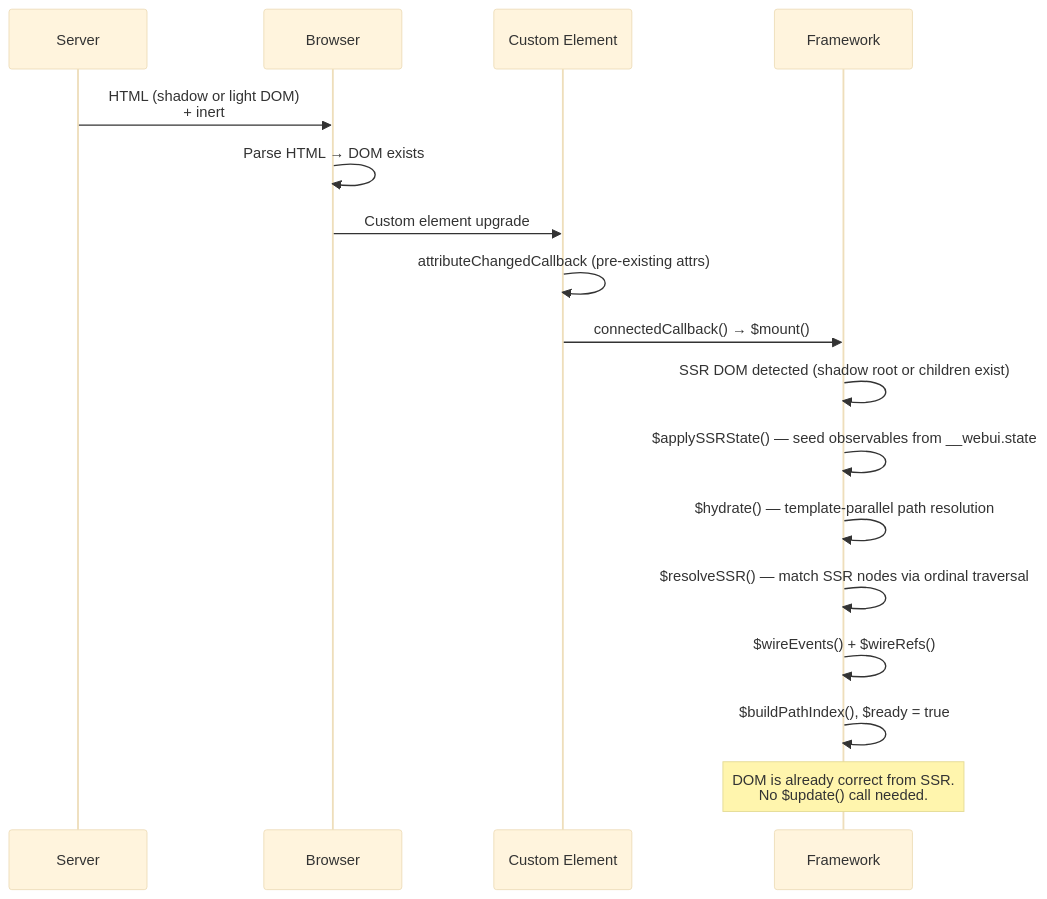
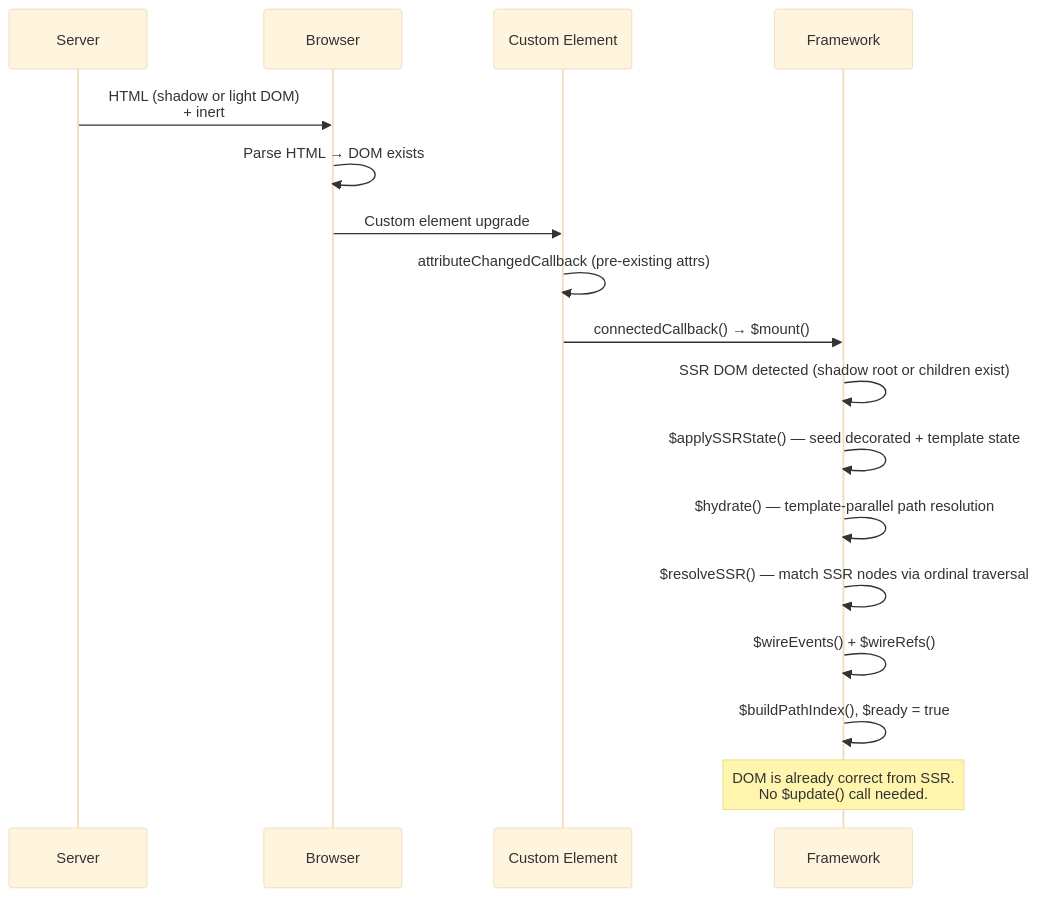
Before and after one commit to microsoft/webui: the third of 7 diagrams in packages/webui-framework/README.md, drawn with Mermaid (base theme). The commit also changed other lines of this file and 96 other files, not shown here.

````diff
--- a/packages/webui-framework/README.md
+++ b/packages/webui-framework/README.md
@@ -432,20 +450,20 @@
 ```mermaid
 sequenceDiagram
     participant Server
     participant Browser
     participant CE as Custom Element
     participant FW as Framework
 
     Server->>Browser: HTML (shadow or light DOM)<br/>+ inert #webui-data JSON
     Browser->>Browser: Parse HTML → DOM exists
     Browser->>CE: Custom element upgrade
     CE->>CE: attributeChangedCallback (pre-existing attrs)
     CE->>FW: connectedCallback() → $mount()
     FW->>FW: SSR DOM detected (shadow root or children exist)
-    FW->>FW: $applySSRState() — seed observables from __webui.state
+    FW->>FW: $applySSRState() — seed decorated + template state
     FW->>FW: $hydrate() — template-parallel path resolution
     FW->>FW: $resolveSSR() — match SSR nodes via ordinal traversal
     FW->>FW: $wireEvents() + $wireRefs()
     FW->>FW: $buildPathIndex(), $ready = true
     Note over FW: DOM is already correct from SSR.<br/>No $update() call needed.
 ```
````
